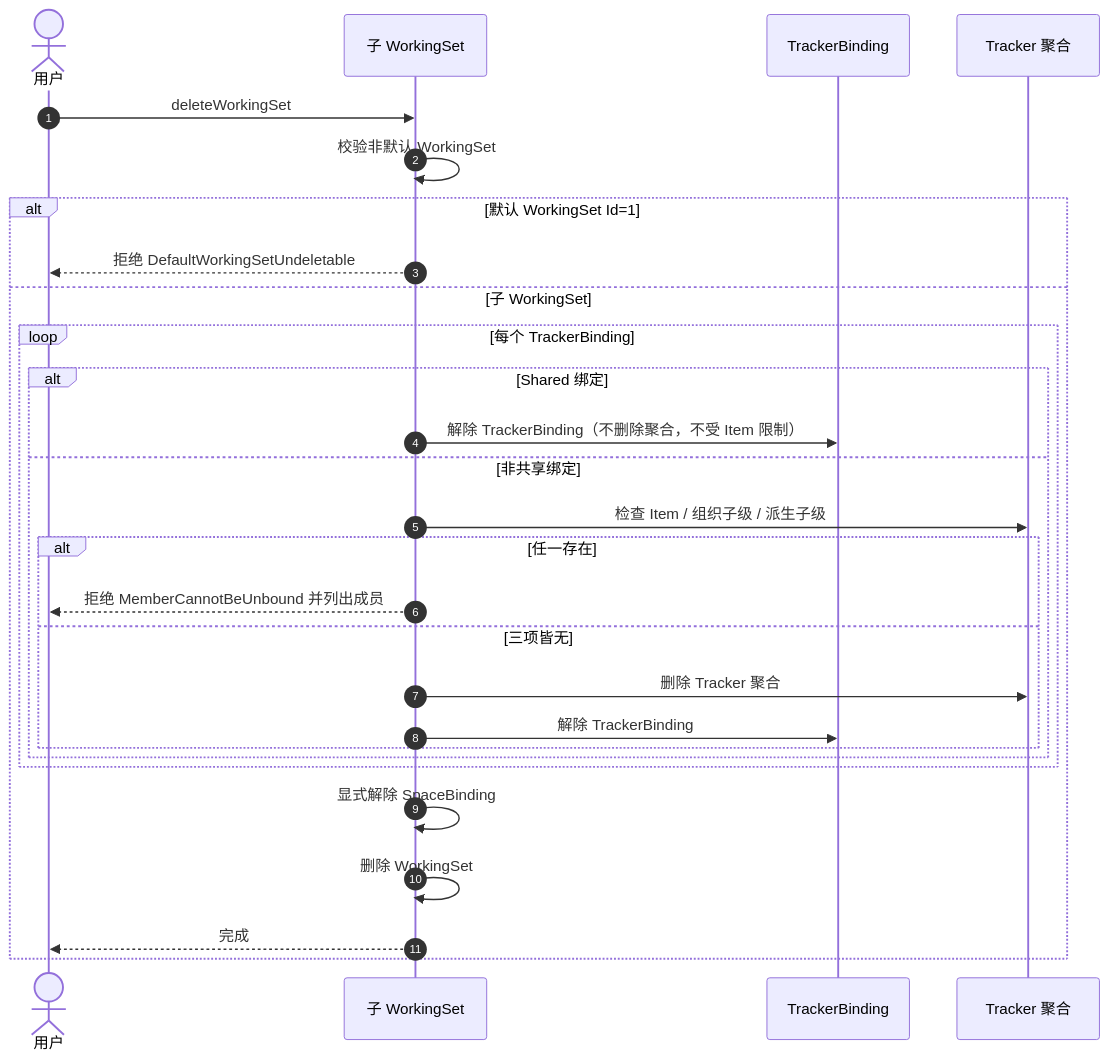
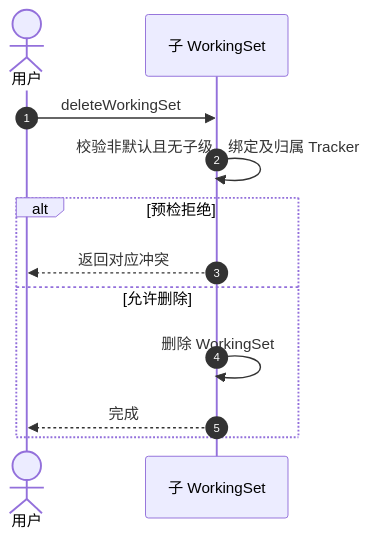
One commit to Greytrack/ddd-workingset changed the second of 4 diagrams in docs/working-set/diagrams/binding-lifecycle.md. Above: the diagram before and after it, drawn with Mermaid. The commit also changed other lines of this file and 38 other files, not shown here.

````diff
--- a/docs/working-set/diagrams/binding-lifecycle.md
+++ b/docs/working-set/diagrams/binding-lifecycle.md
@@ -38,31 +38,15 @@
 ```mermaid
 sequenceDiagram
     autonumber
     actor U as 用户
     participant WS as 子 WorkingSet
-    participant TB as TrackerBinding
-    participant TR as Tracker 聚合
 
     U->>WS: deleteWorkingSet
-    WS->>WS: 校验非默认 WorkingSet
-    alt 默认 WorkingSet Id=1
-        WS-->>U: 拒绝 DefaultWorkingSetUndeletable
-    else 子 WorkingSet
-        loop 每个 TrackerBinding
-            alt Shared 绑定
-                WS->>TB: 解除 TrackerBinding（不删除聚合，不受 Item 限制）
-            else 非共享绑定
-                WS->>TR: 检查 Item / 组织子级 / 派生子级
-                alt 任一存在
-                    WS-->>U: 拒绝 MemberCannotBeUnbound 并列出成员
-                else 三项皆无
-                    WS->>TR: 删除 Tracker 聚合
-                    WS->>TB: 解除 TrackerBinding
-                end
-            end
-        end
-        WS->>WS: 显式解除 SpaceBinding
+    WS->>WS: 校验非默认且无子级、绑定及归属 Tracker
+    alt 预检拒绝
+        WS-->>U: 返回对应冲突
+    else 允许删除
         WS->>WS: 删除 WorkingSet
         WS-->>U: 完成
     end
 ```
````
